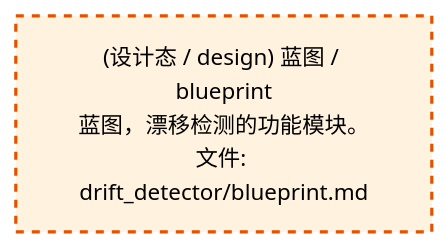
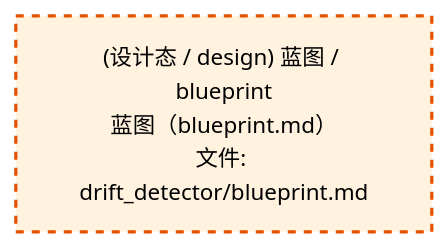
One commit to xuanFelixVan/ZephyrAlpha changed the third of 4 diagrams in docs/02_enterprise_architecture/02_domain_architecture_docs/52_d_gov_drift.md. Above: the diagram before and after it, drawn with Mermaid. The commit also changed other lines of this file and 50 other files, not shown here.

````diff
--- a/docs/02_enterprise_architecture/02_domain_architecture_docs/52_d_gov_drift.md
+++ b/docs/02_enterprise_architecture/02_domain_architecture_docs/52_d_gov_drift.md
@@ -457,10 +457,10 @@
 ```mermaid
 %%{init: {'theme': 'base', 'themeVariables': {'primaryColor': '#eaeaea', 'primaryTextColor': '#333333', 'primaryBorderColor': '#666666', 'lineColor': '#666666', 'secondaryColor': '#eaeaea', 'tertiaryColor': '#eaeaea', 'fontSize': '14px'}}}%%
 flowchart TD
-    docs_03_modules_domain_governance_drift_detector_blueprint_md["(设计态 / design) 蓝图 / blueprint<br/>蓝图，漂移检测的功能模块。<br/>文件: drift_detector/blueprint.md"]
+    docs_03_modules_domain_governance_drift_detector_blueprint_md["(设计态 / design) 蓝图 / blueprint<br/>蓝图（blueprint.md）<br/>文件: drift_detector/blueprint.md"]
     classDef production fill:#e1f5fe,stroke:#01579b,stroke-width:2px,color:#000
     classDef design fill:#fff3e0,stroke:#e65100,stroke-width:2px,color:#000,stroke-dasharray: 5 5
     classDef external_prod fill:#e8f4fd,stroke:#0277bd,stroke-width:1px,color:#000
     classDef external_design fill:#fff8e7,stroke:#ef6c00,stroke-width:1px,color:#000,stroke-dasharray: 5 5
     class docs_03_modules_domain_governance_drift_detector_blueprint_md design
 ```
````
